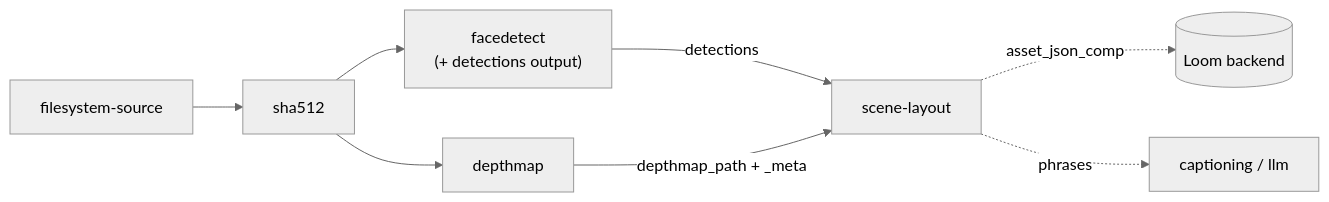
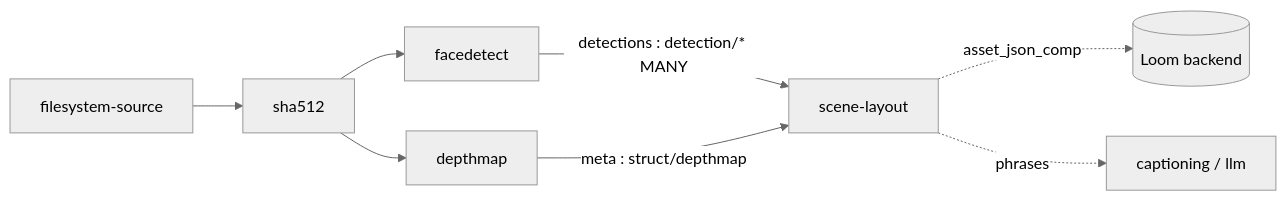
The diagram in spec/features/pipeline-nodes/NODE_SCENE_LAYOUT_PLAN.md (metaloom/metaloom), drawn with Mermaid (neutral theme) before and after one commit. The commit also changed other lines of this file and 53 other files, not shown here.

````diff
--- a/spec/features/pipeline-nodes/NODE_SCENE_LAYOUT_PLAN.md
+++ b/spec/features/pipeline-nodes/NODE_SCENE_LAYOUT_PLAN.md
@@ -501,10 +192,10 @@
 ```mermaid
 flowchart LR
     FS[filesystem-source] --> SHA[sha512]
-    SHA --> FD["facedetect<br/>(+ detections output)"]
+    SHA --> FD["facedetect"]
     SHA --> DM[depthmap]
-    FD -->|detections| SL[scene-layout]
-    DM -->|depthmap_path + _meta| SL
+    FD -->|"detections : detection/* MANY"| SL[scene-layout]
+    DM -->|"meta : struct/depthmap"| SL
     SL -.asset_json_comp.-> LOOM[("Loom backend")]
     SL -.phrases.-> CAP[captioning / llm]
 ```
````
